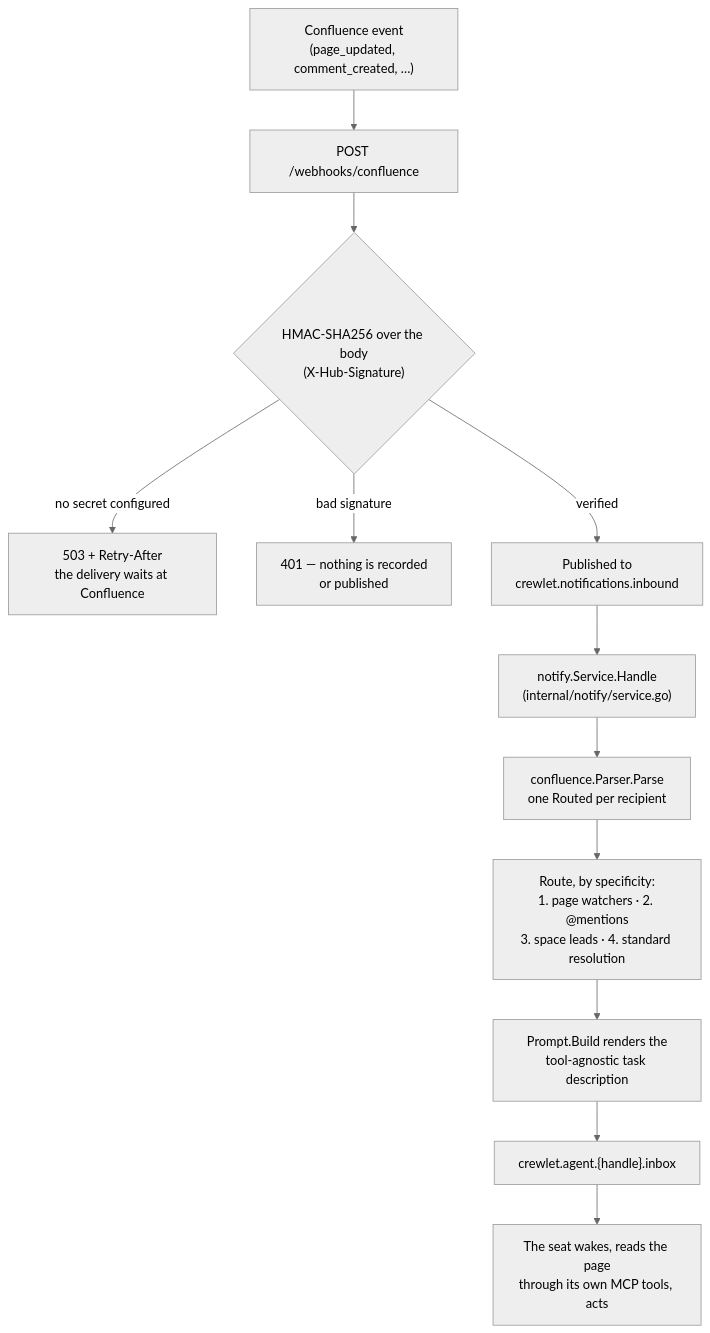
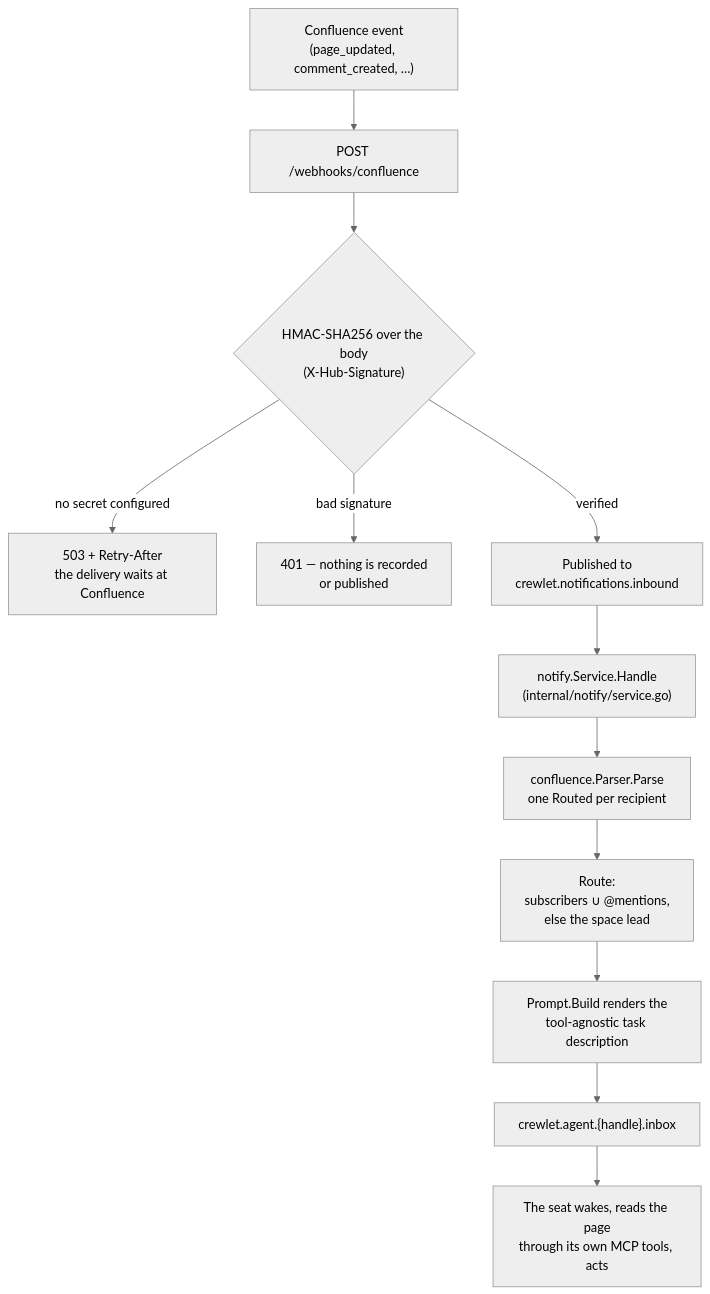
Before and after one commit to crewlet/crewlet: the diagram in docs/integrations/confluence.md, drawn with Mermaid (neutral theme). The commit also changed other lines of this file and 7 other files, not shown here.

````diff
--- a/docs/integrations/confluence.md
+++ b/docs/integrations/confluence.md
@@ -211,14 +211,14 @@
 ```mermaid
 flowchart TD
     A["Confluence event<br/>(page_updated, comment_created, …)"] --> B["POST /webhooks/confluence"]
     B --> C{"HMAC-SHA256 over the body<br/>(X-Hub-Signature)"}
     C -- "no secret configured" --> R1["503 + Retry-After<br/>the delivery waits at Confluence"]
     C -- "bad signature" --> R2["401 — nothing is recorded<br/>or published"]
     C -- "verified" --> D["Published to<br/>crewlet.notifications.inbound"]
     D --> E["notify.Service.Handle<br/>(internal/notify/service.go)"]
     E --> F["confluence.Parser.Parse<br/>one Routed per recipient"]
-    F --> G["Route, by specificity:<br/>1. page watchers · 2. @mentions<br/>3. space leads · 4. standard resolution"]
+    F --> G["Route:<br/>subscribers ∪ @mentions,<br/>else the space lead"]
     G --> H["Prompt.Build renders the<br/>tool-agnostic task description"]
     H --> I["crewlet.agent.{handle}.inbox"]
     I --> J["The seat wakes, reads the page<br/>through its own MCP tools, acts"]
 ```
````
